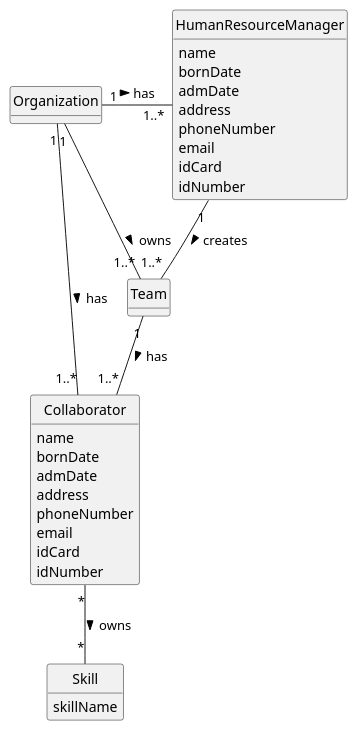
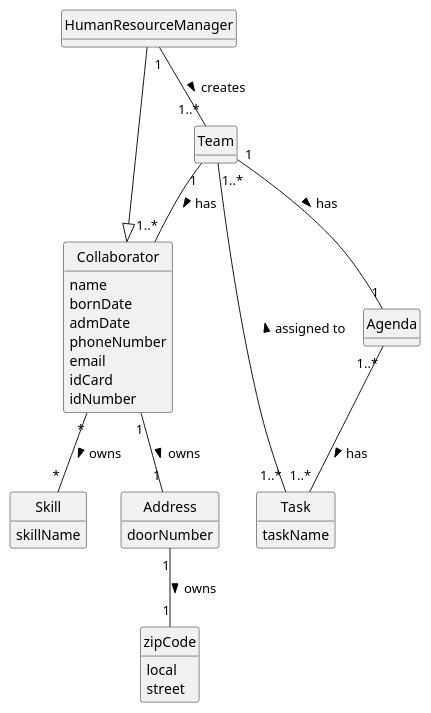
One commit to 1231360-ISEP/lei-24-s2-1db-g021 changed the diagram in docs/sprint2/us005/02.analysis/puml/us005-domain-model.puml. Above: the diagram before and after it, drawn with PlantUML. The commit also changed 3 other files, not shown here.

```diff
--- a/docs/sprint2/us005/02.analysis/puml/us005-domain-model.puml
+++ b/docs/sprint2/us005/02.analysis/puml/us005-domain-model.puml
@@ -1,49 +1,53 @@
 @startuml
 skinparam monochrome true
 skinparam packageStyle rectangle
 skinparam shadowing false
 
 skinparam classAttributeIconSize 0
 
 hide circle
 hide methods
 
-class Organization {
+
+class HumanResourceManager {}
+
+class Skill {
+    skillName
 }
 
-class HumanResourceManager {
+class Task {
+    taskName
+}
+
+class Collaborator {
     name
     bornDate
     admDate
-    address
     phoneNumber
     email
     idCard
     idNumber
 }
 
-class Skill {
-    skillName
+class Address {
+    doorNumber
 }
 
-class Collaborator {
-    name
-    bornDate
-    admDate
-    address
-    phoneNumber
-    email
-    idCard
-    idNumber
+class zipCode {
+    local
+    street
 }
 
-class Team {
-}
+class Team {}
 
-Organization "1" - "1..*" Collaborator: has >
-Organization "1" - "1..*" HumanResourceManager : has >
+HumanResourceManager ---|> Collaborator
+HumanResourceManager "1" -- "1..*" Team : creates >
 Collaborator "*" -- "*" Skill : owns >
-Organization "1" - "1..*" Team: owns >
+Collaborator "1" -- "1" Address: owns >
+Address "1" -- "1" zipCode : owns >
 Team "1" -- "1..*" Collaborator : has >
-HumanResourceManager "1" -- "1..*" Team : creates >
+Team "1" -- "1" Agenda : has >
+Task "1..*" -- "1..*" Team : assigned to >
+Agenda "1..*" -- "1..*" Task : has >
+
 @enduml
```
